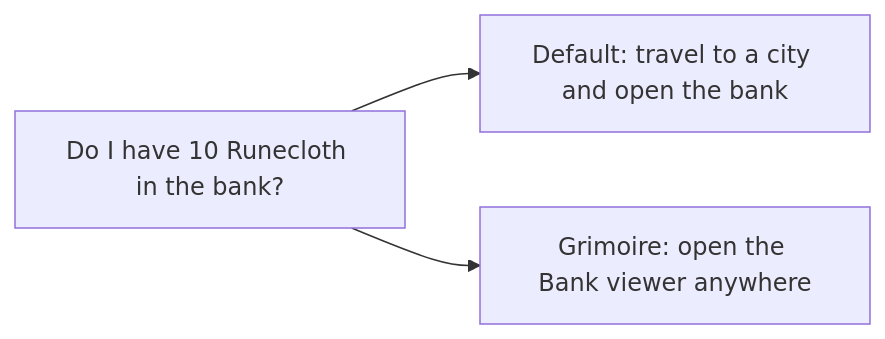
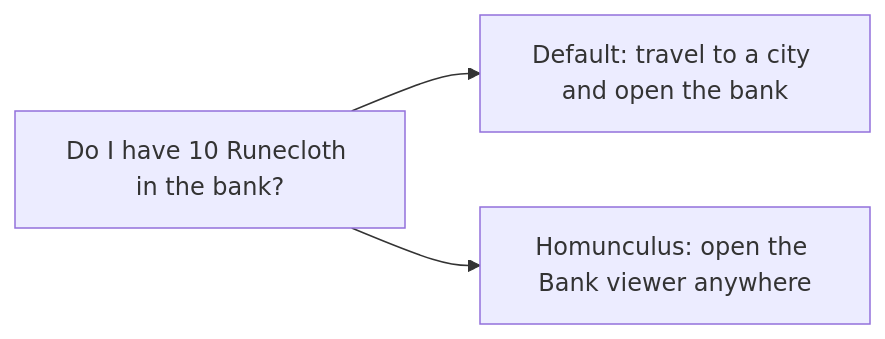
The first of 2 diagrams in docs/features/bank/README.md (PhillypHenning/grimoire), drawn with Mermaid before and after one commit. The commit also changed other lines of this file and 178 other files, not shown here.

First line of the commit message:
Rename the suite from Grimoire to Homunculus (ADR 0010)

````diff
--- a/docs/features/bank/README.md
+++ b/docs/features/bank/README.md
@@ -14,5 +14,5 @@
 ```mermaid
 flowchart LR
     Q["Do I have 10 Runecloth in the bank?"] --> D["Default: travel to a city and open the bank"]
-    Q --> G["Grimoire: open the Bank viewer anywhere"]
+    Q --> G["Homunculus: open the Bank viewer anywhere"]
 ```
````
